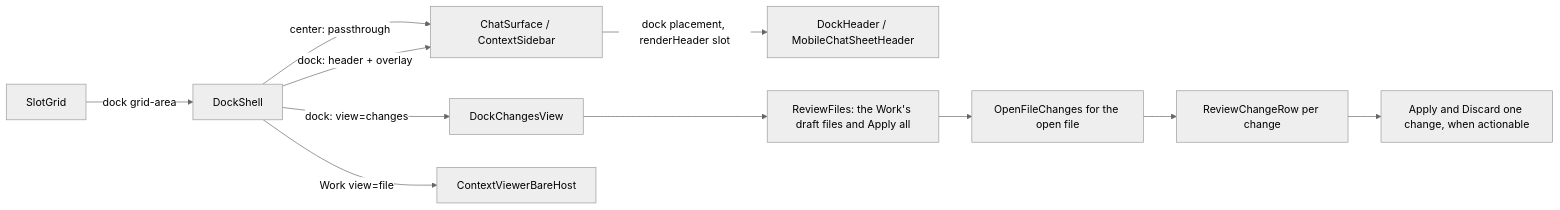
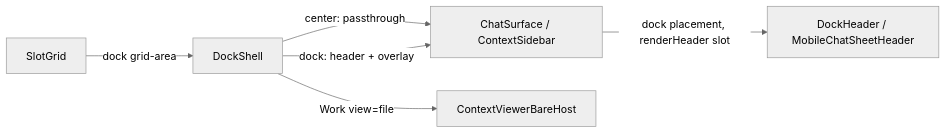
Before and after one commit to haowjy/meridian-flow: the diagram in apps/app/src/features/project/dock/.context/CONTEXT.md, drawn with Mermaid (neutral theme). The commit also changed other lines of this file and 44 other files, not shown here.

First line of the commit message:
feat(review): move Changes out of the dock; each document lists its own changes

````diff
--- a/apps/app/src/features/project/dock/.context/CONTEXT.md
+++ b/apps/app/src/features/project/dock/.context/CONTEXT.md
@@ -135,13 +93,8 @@
 ```mermaid
 flowchart LR
     Grid[SlotGrid] -->|dock grid-area| DockShell
     DockShell -->|center: passthrough| Occupant[ChatSurface / ContextSidebar]
     DockShell -->|dock: header + overlay| Occupant
-DockShell -->|dock: view=changes| Changes[DockChangesView]
-DockShell -->|Work view=file| File[ContextViewerBareHost]
+    DockShell -->|Work view=file| File[ContextViewerBareHost]
     Occupant -->|dock placement, renderHeader slot| Header[DockHeader / MobileChatSheetHeader]
-    Changes --> Files[ReviewFiles: the Work's draft files and Apply all]
-    Files --> Open[OpenFileChanges for the open file]
-    Open --> Row[ReviewChangeRow per change]
-    Row --> Verbs[Apply and Discard one change, when actionable]
 ```
````
